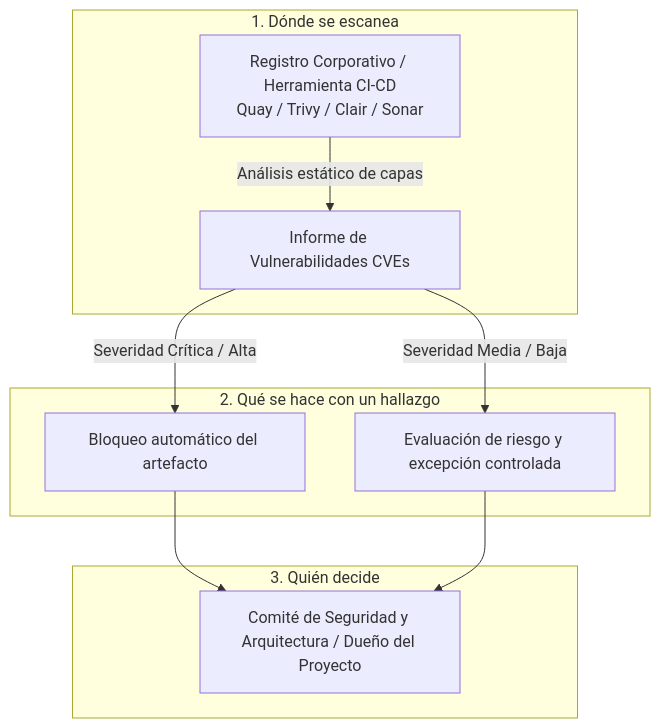
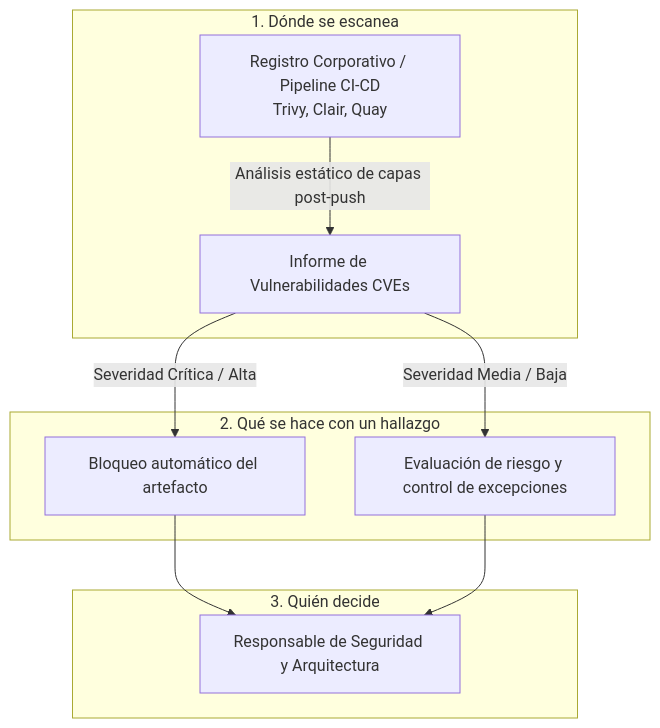
Before and after one commit to ieftraining/curso-openshift: the seventh of 7 diagrams in docs/sesion4/4.4 Registro, gestión y seguridad de imágenes.md, drawn with Mermaid. The commit also changed other lines of this file, not shown here.

````diff
--- a/docs/sesion4/4.4 Registro, gestión y seguridad de imágenes.md
+++ b/docs/sesion4/4.4 Registro, gestión y seguridad de imágenes.md
@@ -199,15 +165,15 @@
 ```mermaid
 flowchart TD
     subgraph 1. Dónde se escanea
-        A[Registro Corporativo / Herramienta CI-CD<br>Quay / Trivy / Clair / Sonar] -->|Análisis estático de capas| B[Informe de Vulnerabilidades CVEs]
+        A[Registro Corporativo / Pipeline CI-CD<br>Trivy, Clair, Quay] -->|Análisis estático de capas post-push| B[Informe de Vulnerabilidades CVEs]
     end
 
     subgraph 2. Qué se hace con un hallazgo
         B -->|Severidad Crítica / Alta| C[Bloqueo automático del artefacto]
-        B -->|Severidad Media / Baja| D[Evaluación de riesgo y excepción controlada]
+        B -->|Severidad Media / Baja| D[Evaluación de riesgo y control de excepciones]
     end
 
     subgraph 3. Quién decide
-        C & D --> E[Comité de Seguridad y Arquitectura / Dueño del Proyecto]
+        C & D --> E[Responsable de Seguridad y Arquitectura]
     end
 ```
````
